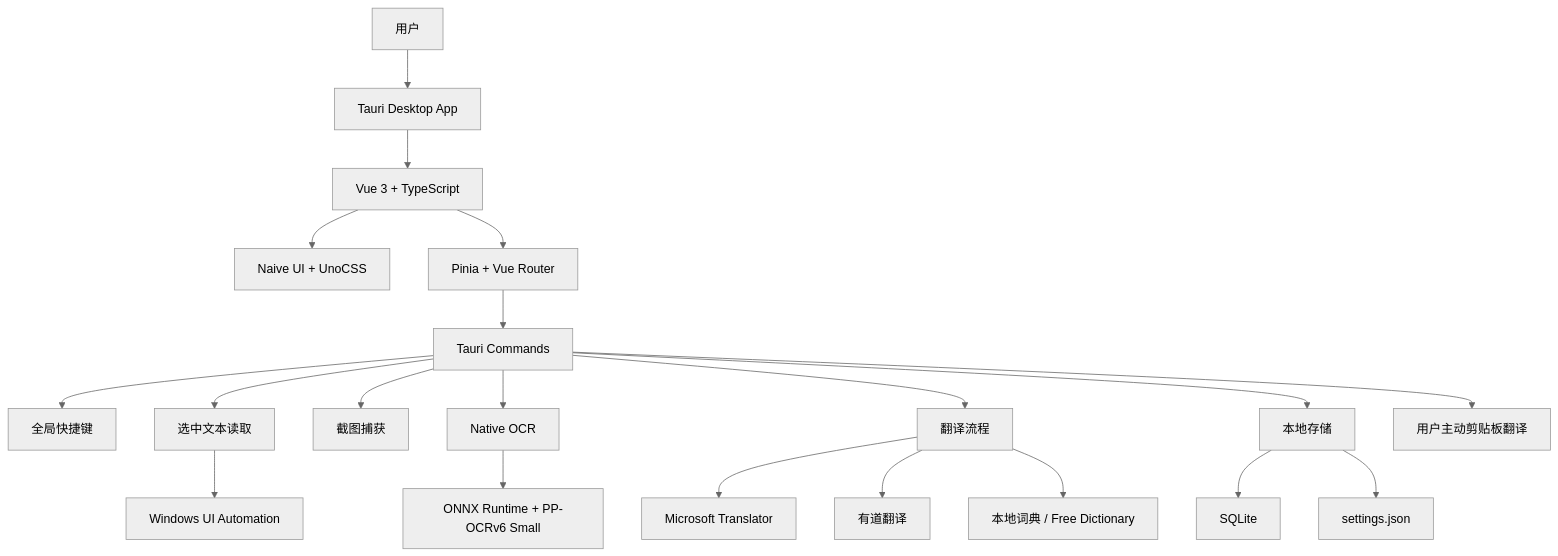
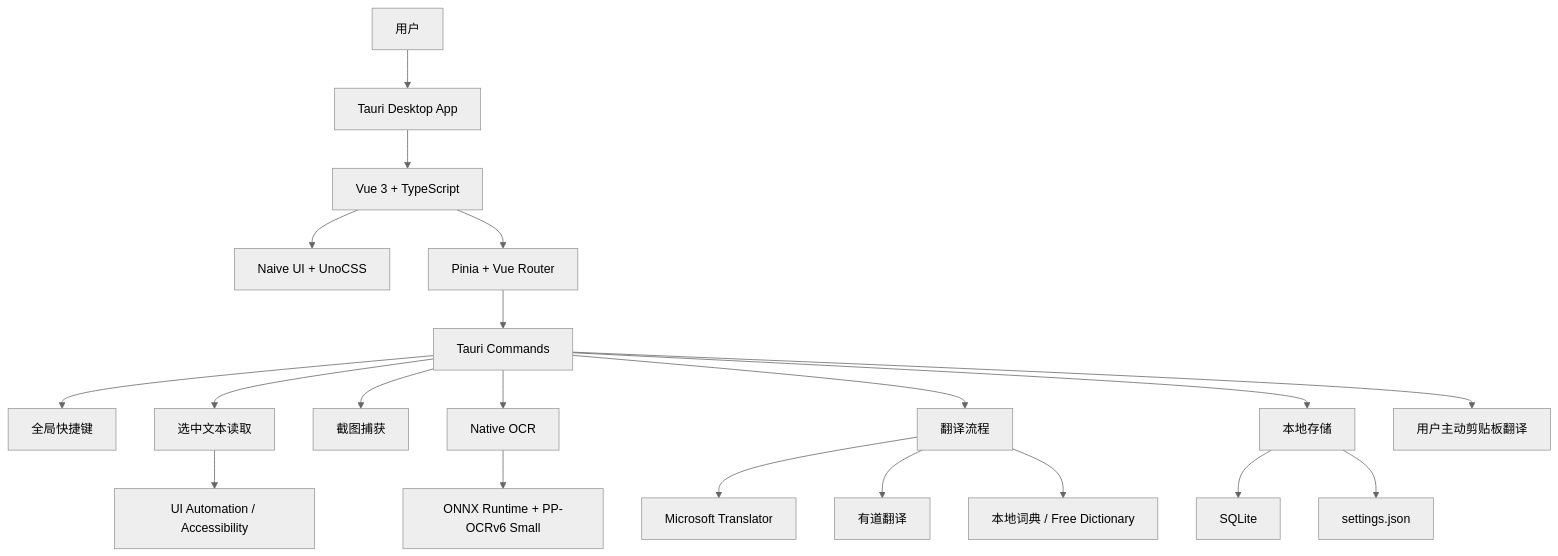
Before and after one commit to inorilzy/Translationrecordingtool: the second of 3 diagrams in README.md, drawn with Mermaid (neutral theme). The commit also changed other lines of this file and 21 other files, not shown here.

````diff
--- a/README.md
+++ b/README.md
@@ -99,25 +106,25 @@
 ```mermaid
 flowchart TB
   User[用户] --> App[Tauri Desktop App]
 
   App --> Frontend[Vue 3 + TypeScript]
   Frontend --> UI[Naive UI + UnoCSS]
   Frontend --> Store[Pinia + Vue Router]
   Store --> Commands[Tauri Commands]
 
   Commands --> Shortcut[全局快捷键]
   Commands --> Selection[选中文本读取]
   Commands --> Screenshot[截图捕获]
   Commands --> OCR[Native OCR]
   Commands --> Translate[翻译流程]
   Commands --> Storage[本地存储]
 
-  Selection --> UIA[Windows UI Automation]
+  Selection --> UIA[UI Automation / Accessibility]
   Commands --> Clipboard[用户主动剪贴板翻译]
   OCR --> Runtime[ONNX Runtime + PP-OCRv6 Small]
   Translate --> Microsoft[Microsoft Translator]
   Translate --> Youdao[有道翻译]
   Translate --> Dict[本地词典 / Free Dictionary]
   Storage --> SQLite[SQLite]
   Storage --> Settings[settings.json]
 ```
````
